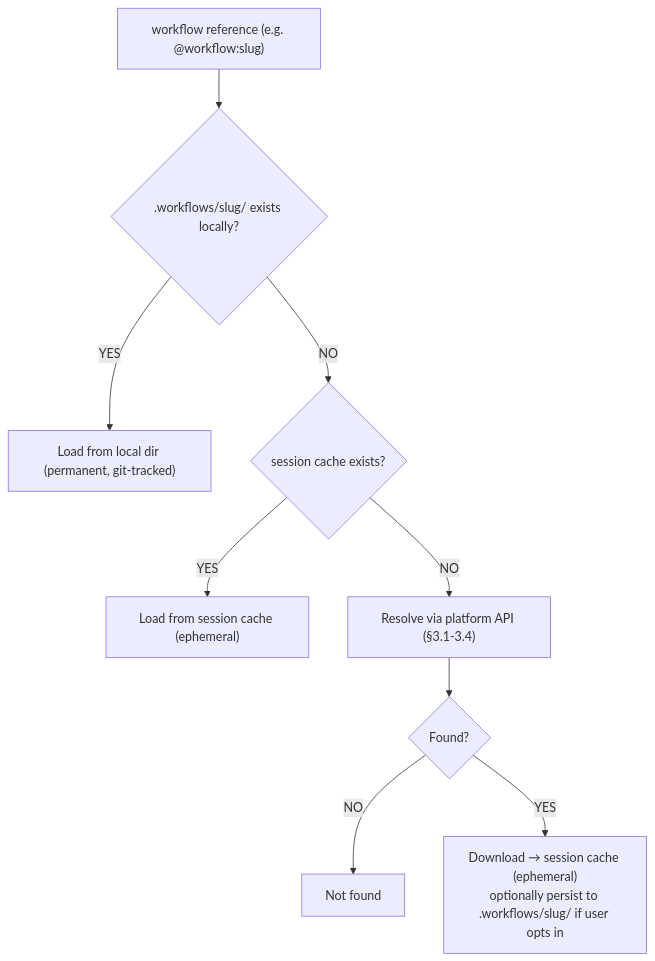
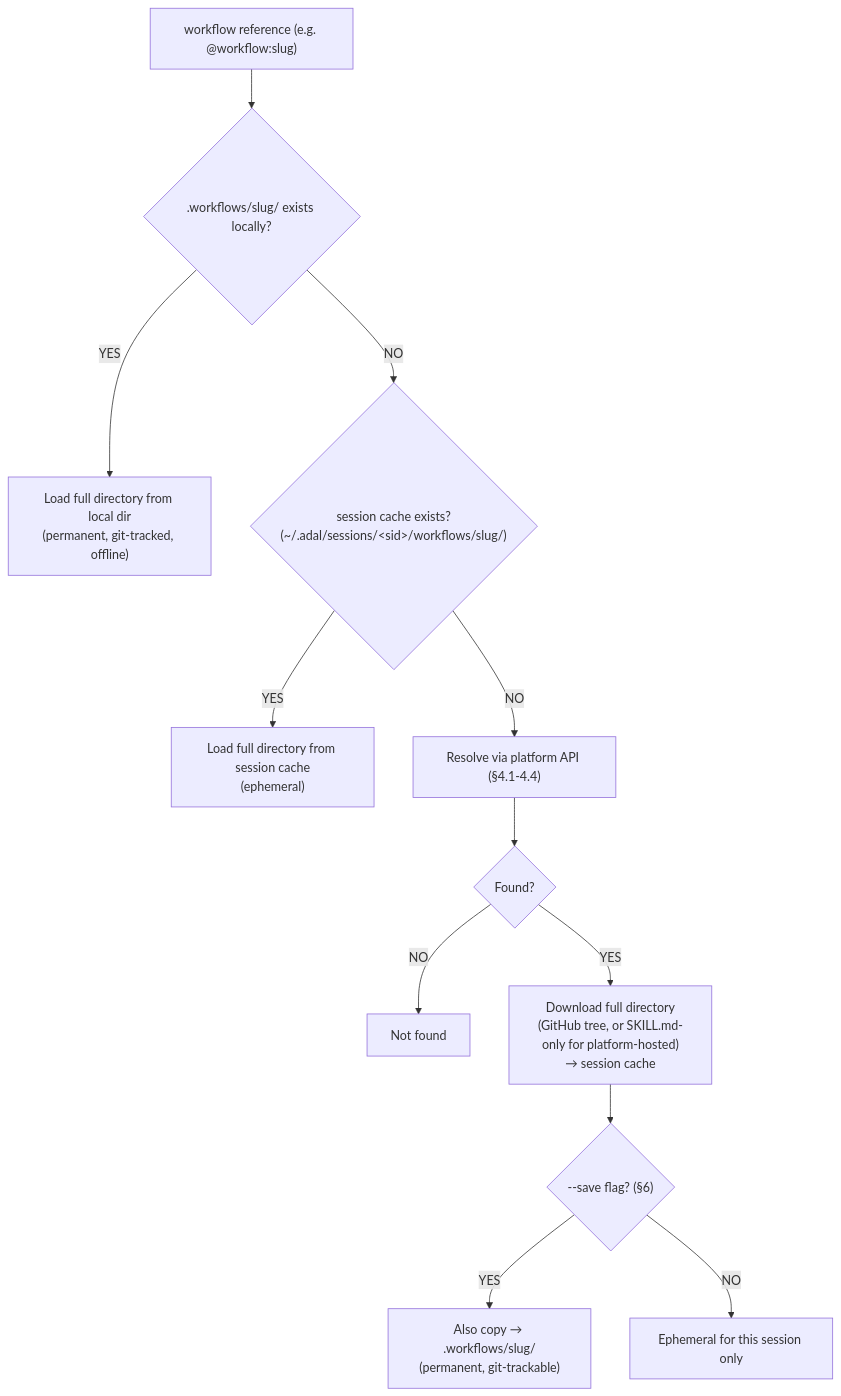
The diagram in PROTOCOL.md (SylphAI-Inc/atskills), drawn with Mermaid before and after one commit. The commit also changed other lines of this file and 1 other file, not shown here.

First line of the commit message:
docs: correct protocol to reflect workflows as directories, not single files

````diff
--- a/PROTOCOL.md
+++ b/PROTOCOL.md
@@ -203,11 +212,14 @@
 ```mermaid
 flowchart TD
     START["workflow reference (e.g. @workflow:slug)"] --> LOCAL{".workflows/slug/ exists locally?"}
-    LOCAL -->|YES| LOAD_LOCAL["Load from local dir (permanent, git-tracked)"]
-    LOCAL -->|NO| SESSION{"session cache exists?"}
-    SESSION -->|YES| LOAD_SESSION["Load from session cache (ephemeral)"]
-    SESSION -->|NO| ONLINE["Resolve via platform API (§3.1-3.4)"]
+    LOCAL -->|YES| LOAD_LOCAL["Load full directory from local dir\n(permanent, git-tracked, offline)"]
+    LOCAL -->|NO| SESSION{"session cache exists?\n(~/.adal/sessions/&lt;sid&gt;/workflows/slug/)"}
+    SESSION -->|YES| LOAD_SESSION["Load full directory from session cache\n(ephemeral)"]
+    SESSION -->|NO| ONLINE["Resolve via platform API (§4.1-4.4)"]
     ONLINE --> FOUND{"Found?"}
     FOUND -->|NO| ERROR["Not found"]
-    FOUND -->|YES| CACHE["Download → session cache (ephemeral)\noptionally persist to .workflows/slug/ if user opts in"]
+    FOUND -->|YES| DOWNLOAD["Download full directory\n(GitHub tree, or SKILL.md-only for platform-hosted)\n→ session cache"]
+    DOWNLOAD --> SAVEFLAG{"--save flag? (§6)"}
+    SAVEFLAG -->|YES| PERSIST["Also copy → .workflows/slug/\n(permanent, git-trackable)"]
+    SAVEFLAG -->|NO| DONE["Ephemeral for this session only"]
 ```
````
